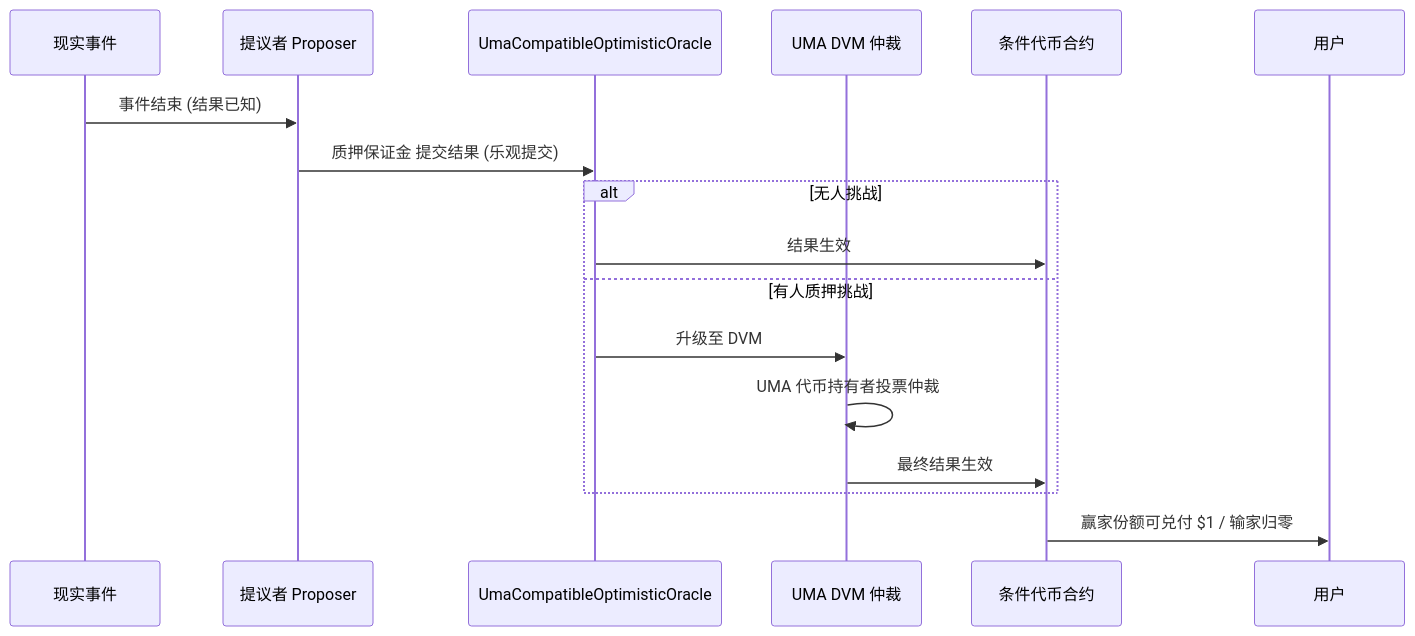
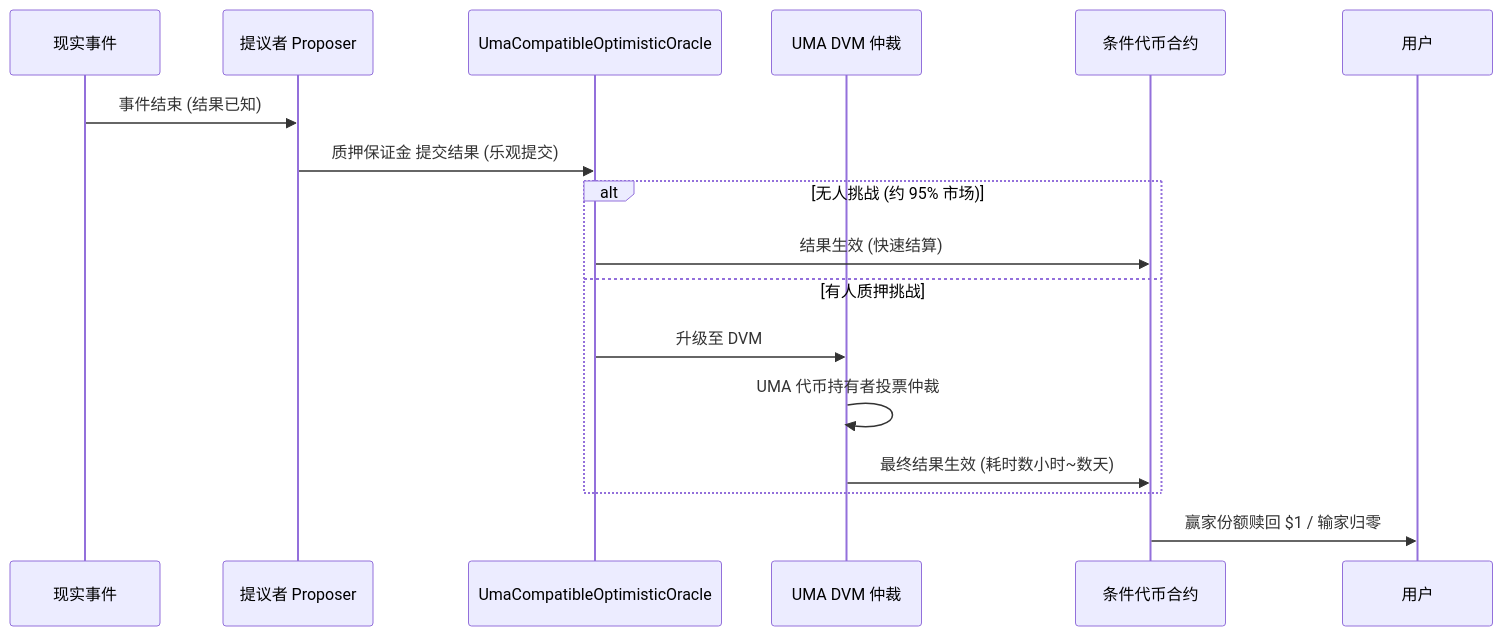
Before and after one commit to survivorff/predictfun_design: the tenth of 13 diagrams in research/04_user_experience/analysis.md, drawn with Mermaid. The commit also changed other lines of this file and 11 other files, not shown here.

````diff
--- a/research/04_user_experience/analysis.md
+++ b/research/04_user_experience/analysis.md
@@ -119,20 +192,20 @@
 ```mermaid
 sequenceDiagram
     participant E as 现实事件
     participant P as 提议者 Proposer
     participant OO as UmaCompatibleOptimisticOracle
     participant D as UMA DVM 仲裁
     participant CTF as 条件代币合约
     participant U as 用户
 
     E->>P: 事件结束 (结果已知)
     P->>OO: 质押保证金 提交结果 (乐观提交)
-    alt 无人挑战
-        OO->>CTF: 结果生效
+    alt 无人挑战 (约 95% 市场)
+        OO->>CTF: 结果生效 (快速结算)
     else 有人质押挑战
         OO->>D: 升级至 DVM
         D->>D: UMA 代币持有者投票仲裁
-        D->>CTF: 最终结果生效
+        D->>CTF: 最终结果生效 (耗时数小时~数天)
     end
-    CTF->>U: 赢家份额可兑付 $1 / 输家归零
+    CTF->>U: 赢家份额赎回 $1 / 输家归零
 ```
````
